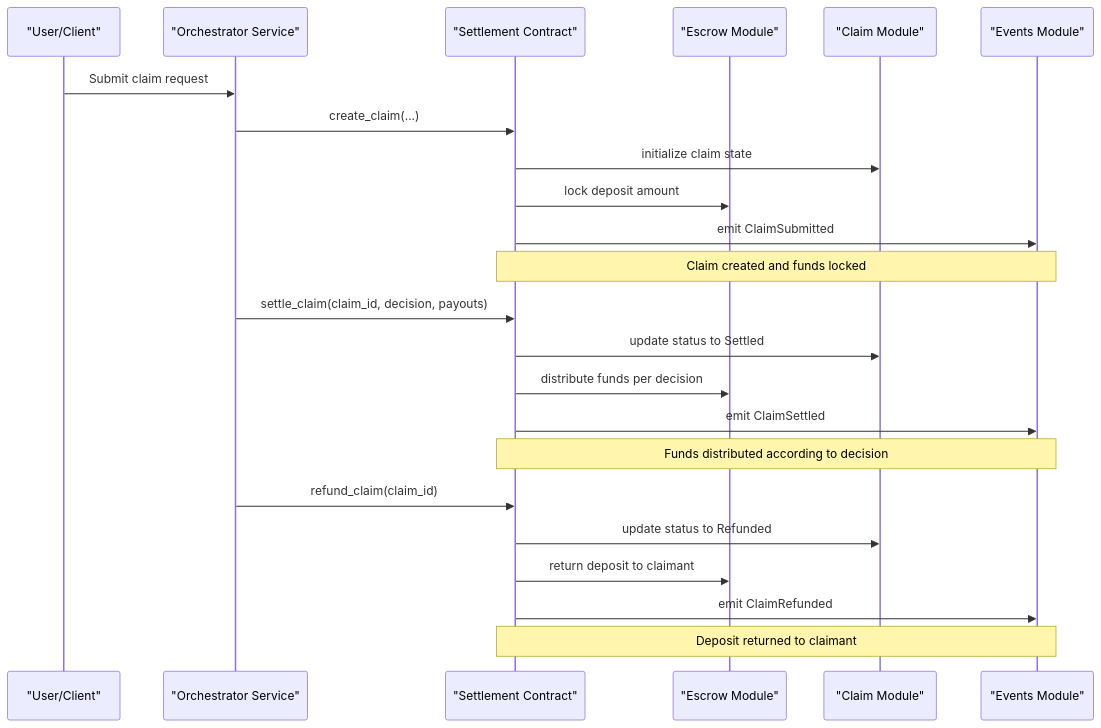
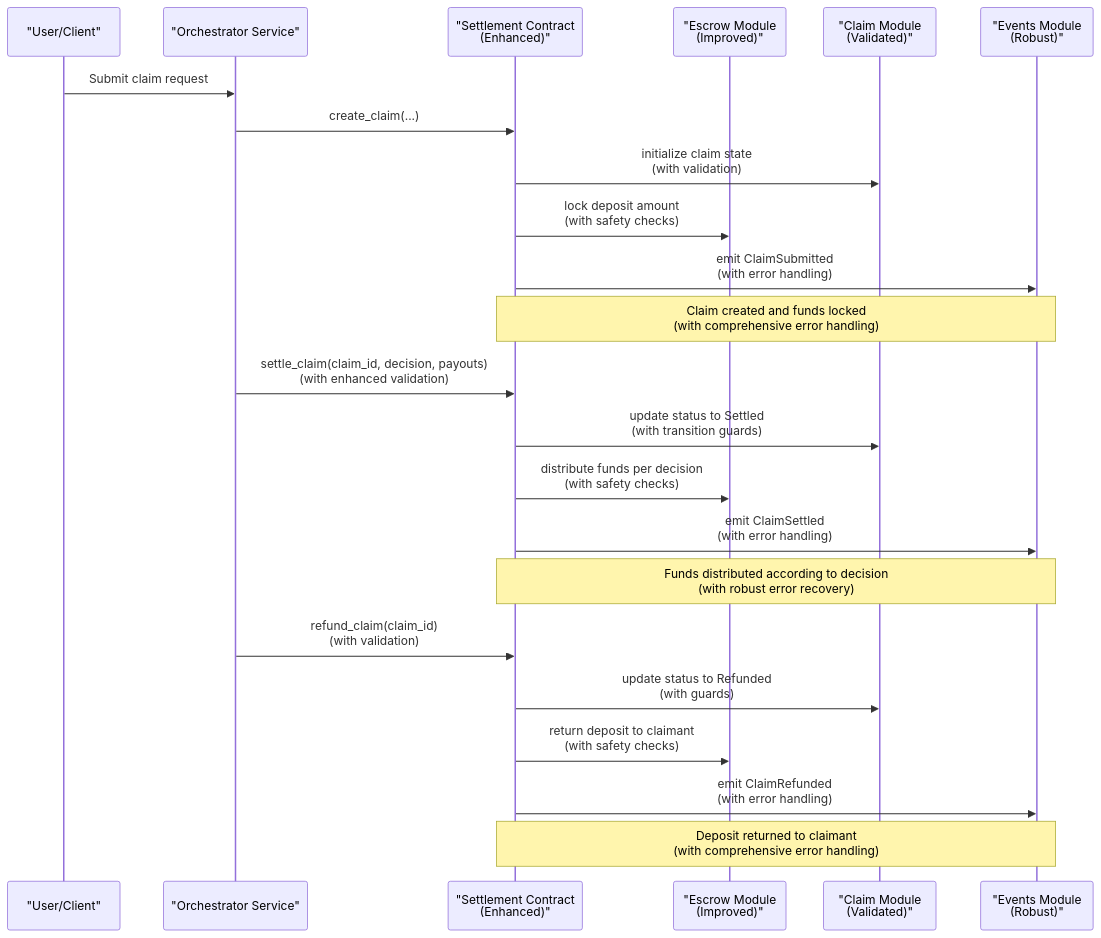
One commit to hieudepoet/Insurix changed the second of 7 diagrams in .qoder/repowiki/en/content/Smart Contracts/Settlement Engine.md. Above: the diagram before and after it, drawn with Mermaid. The commit also changed other lines of this file and 73 other files, not shown here.

````diff
--- a/.qoder/repowiki/en/content/Smart Contracts/Settlement Engine.md
+++ b/.qoder/repowiki/en/content/Smart Contracts/Settlement Engine.md
@@ -95,25 +112,25 @@
 ```mermaid
 sequenceDiagram
 participant User as "User/Client"
 participant Backend as "Orchestrator Service"
-participant Contract as "Settlement Contract"
-participant Escrow as "Escrow Module"
-participant Claim as "Claim Module"
-participant Events as "Events Module"
+participant Contract as "Settlement Contract<br/>(Enhanced)"
+participant Escrow as "Escrow Module<br/>(Improved)"
+participant Claim as "Claim Module<br/>(Validated)"
+participant Events as "Events Module<br/>(Robust)"
 User->>Backend : Submit claim request
 Backend->>Contract : create_claim(...)
-Contract->>Claim : initialize claim state
-Contract->>Escrow : lock deposit amount
-Contract->>Events : emit ClaimSubmitted
-Note over Contract,Events : Claim created and funds locked
-Backend->>Contract : settle_claim(claim_id, decision, payouts)
-Contract->>Claim : update status to Settled
-Contract->>Escrow : distribute funds per decision
-Contract->>Events : emit ClaimSettled
-Note over Contract,Events : Funds distributed according to decision
-Backend->>Contract : refund_claim(claim_id)
-Contract->>Claim : update status to Refunded
-Contract->>Escrow : return deposit to claimant
-Contract->>Events : emit ClaimRefunded
-Note over Contract,Events : Deposit returned to claimant
+Contract->>Claim : initialize claim state<br/>(with validation)
+Contract->>Escrow : lock deposit amount<br/>(with safety checks)
+Contract->>Events : emit ClaimSubmitted<br/>(with error handling)
+Note over Contract,Events : Claim created and funds locked<br/>(with comprehensive error handling)
+Backend->>Contract : settle_claim(claim_id, decision, payouts)<br/>(with enhanced validation)
+Contract->>Claim : update status to Settled<br/>(with transition guards)
+Contract->>Escrow : distribute funds per decision<br/>(with safety checks)
+Contract->>Events : emit ClaimSettled<br/>(with error handling)
+Note over Contract,Events : Funds distributed according to decision<br/>(with robust error recovery)
+Backend->>Contract : refund_claim(claim_id)<br/>(with validation)
+Contract->>Claim : update status to Refunded<br/>(with guards)
+Contract->>Escrow : return deposit to claimant<br/>(with safety checks)
+Contract->>Events : emit ClaimRefunded<br/>(with error handling)
+Note over Contract,Events : Deposit returned to claimant<br/>(with comprehensive error handling)
 ```
````
